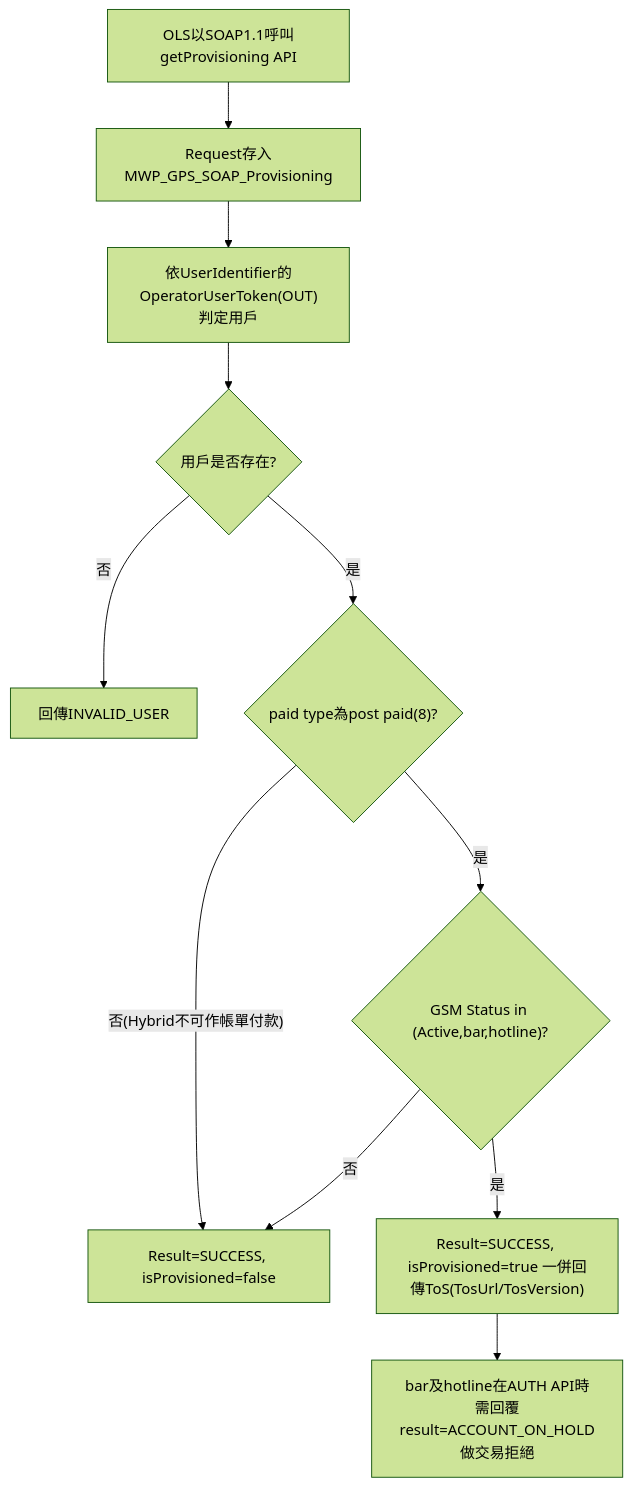
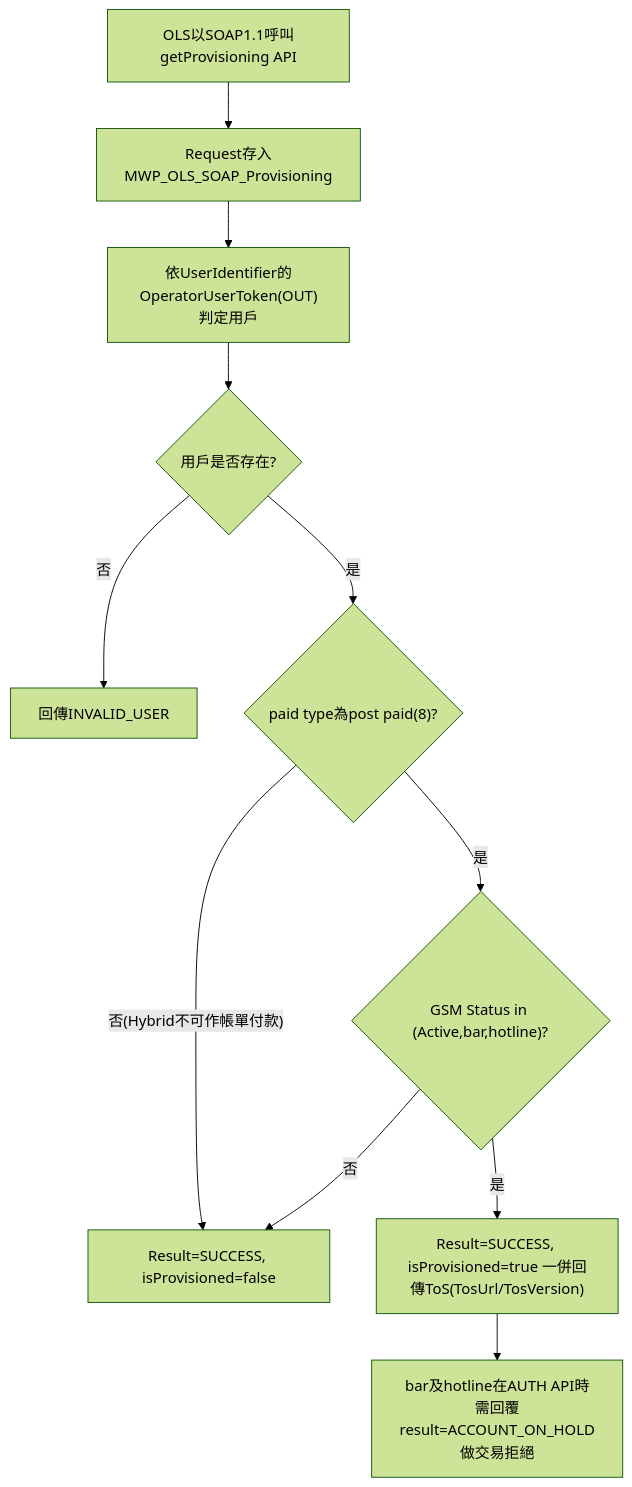
One commit to ChunPingWang/ai-workshop changed the third of 7 diagrams in new-pay_OnlineStore_FSD.md. Above: the diagram before and after it, drawn with Mermaid (forest theme). The commit also changed other lines of this file and 28 other files, not shown here.

First line of the commit message:
去識別化：全面移除 GPS 字眼，改以 OnlineStore 縮寫 OLS

````diff
--- a/new-pay_OnlineStore_FSD.md
+++ b/new-pay_OnlineStore_FSD.md
@@ -241,13 +241,13 @@
 ```mermaid
 flowchart TD
-    A["OLS以SOAP1.1呼叫getProvisioning API"] --> B["Request存入MWP_GPS_SOAP_Provisioning"]
+    A["OLS以SOAP1.1呼叫getProvisioning API"] --> B["Request存入MWP_OLS_SOAP_Provisioning"]
     B --> C["依UserIdentifier的OperatorUserToken(OUT)判定用戶"]
     C --> D{"用戶是否存在?"}
     D -- 否 --> E["回傳INVALID_USER"]
     D -- 是 --> F{"paid type為post paid(8)?"}
     F -- "否(Hybrid不可作帳單付款)" --> G["Result=SUCCESS, isProvisioned=false"]
     F -- 是 --> H{"GSM Status in (Active,bar,hotline)?"}
     H -- 否 --> G
     H -- 是 --> I["Result=SUCCESS, isProvisioned=true 一併回傳ToS(TosUrl/TosVersion)"]
     I --> J["bar及hotline在AUTH API時需回覆result=ACCOUNT_ON_HOLD做交易拒絕"]
 ```
````
